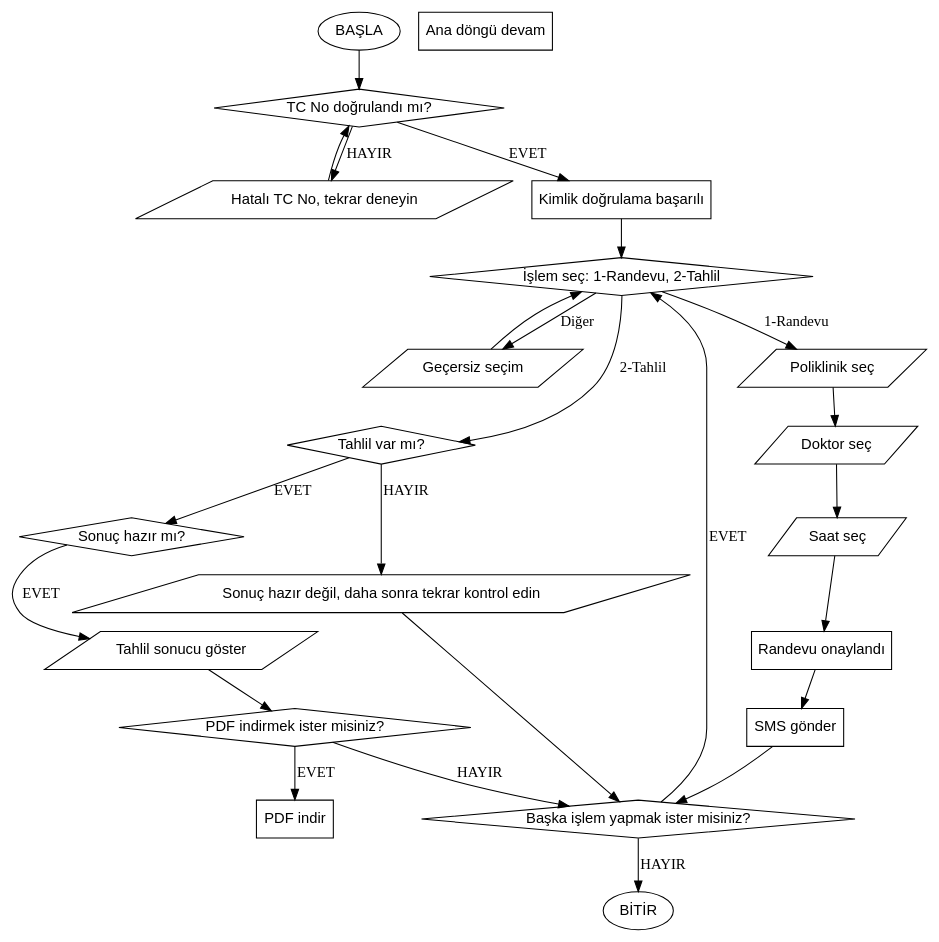
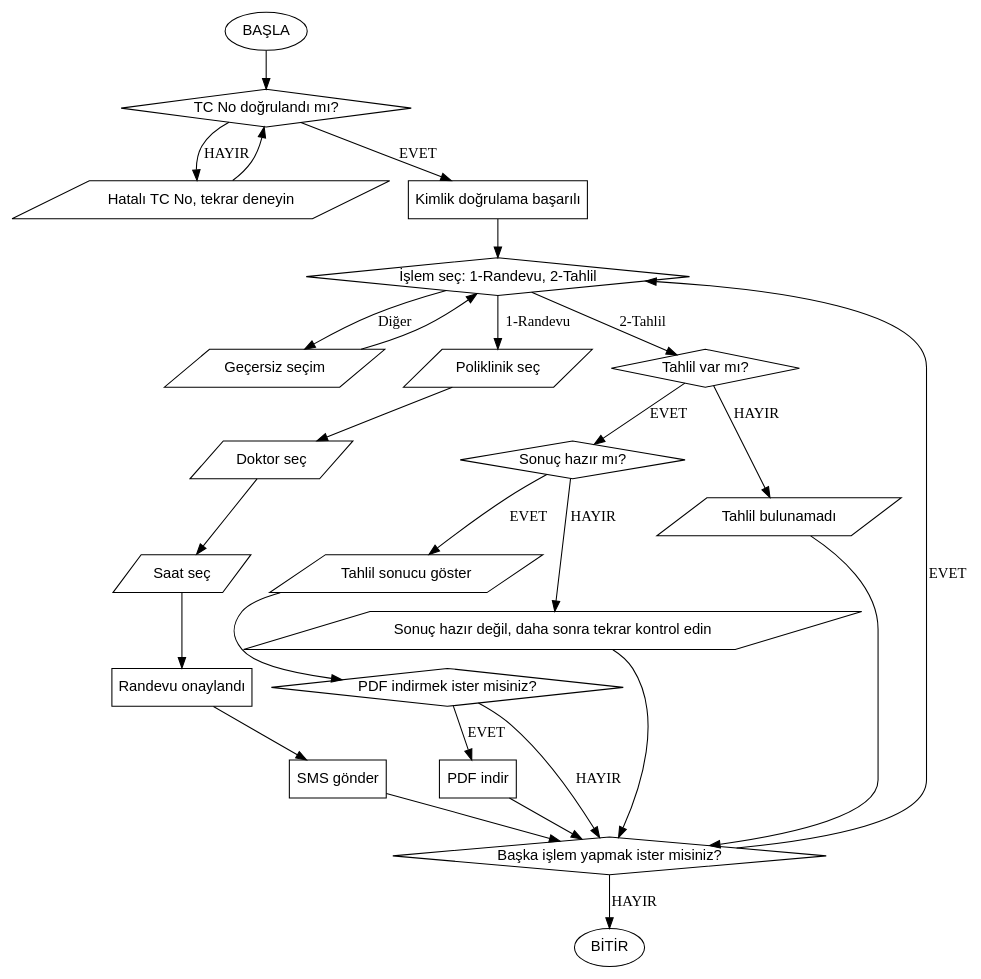
Before and after one commit to FiratUniversity-FerhatUcarsLAB/hafta-02-flowcharts-OmerEnsarshn: the diagram in TASK-3/flowchart.dot, drawn with Graphviz.

```diff
--- a/TASK-3/flowchart.dot
+++ b/TASK-3/flowchart.dot
@@ -1,68 +1,71 @@
 digraph HastaneRandevuTahlil {
     rankdir=TB;
     node [fontname="Arial"];
 
     // Başla
     start [shape=oval, label="BAŞLA"];
 
     // Hasta kimlik doğrulama
     kimlik_dogrula [shape=diamond, label="TC No doğrulandı mı?"];
     kimlik_hata [shape=parallelogram, label="Hatalı TC No, tekrar deneyin"];
     kimlik_basari [shape=box, label="Kimlik doğrulama başarılı"];
 
     // Ana işlem
     islem_secim [shape=diamond, label="İşlem seç: 1-Randevu, 2-Tahlil"];
     secim_hata [shape=parallelogram, label="Geçersiz seçim"];
 
     // Randevu modülü
     poliklinik_sec [shape=parallelogram, label="Poliklinik seç"];
     doktor_sec [shape=parallelogram, label="Doktor seç"];
     saat_sec [shape=parallelogram, label="Saat seç"];
     randevu_onay [shape=box, label="Randevu onaylandı"];
     sms_gonder [shape=box, label="SMS gönder"];
 
     // Tahlil modülü
     tahlil_var [shape=diamond, label="Tahlil var mı?"];
     sonuc_hazir [shape=diamond, label="Sonuç hazır mı?"];
     tahlil_gor [shape=parallelogram, label="Tahlil sonucu göster"];
     pdf_sor [shape=diamond, label="PDF indirmek ister misiniz?"];
     pdf_indir [shape=box, label="PDF indir"];
     sonuc_bekle [shape=parallelogram, label="Sonuç hazır değil, daha sonra tekrar kontrol edin"];
+    sonuc_yok [shape=parallelogram, label="Tahlil bulunamadı"];
 
     // Başka işlem
     baska_islem [shape=diamond, label="Başka işlem yapmak ister misiniz?"];
-    devam_et [shape=box, label="Ana döngü devam"];
     bitir [shape=oval, label="BİTİR"];
 
     // Oklar
     start -> kimlik_dogrula;
     kimlik_dogrula -> kimlik_basari [label="EVET"];
     kimlik_dogrula -> kimlik_hata [label="HAYIR"];
     kimlik_hata -> kimlik_dogrula;
 
     kimlik_basari -> islem_secim;
     islem_secim -> poliklinik_sec [label="1-Randevu"];
     islem_secim -> tahlil_var [label="2-Tahlil"];
     islem_secim -> secim_hata [label="Diğer"];
     secim_hata -> islem_secim;
 
     // Randevu akışı
     poliklinik_sec -> doktor_sec;
     doktor_sec -> saat_sec;
     saat_sec -> randevu_onay;
     randevu_onay -> sms_gonder;
     sms_gonder -> baska_islem;
 
     // Tahlil akışı
     tahlil_var -> sonuc_hazir [label="EVET"];
-    tahlil_var -> sonuc_bekle [label="HAYIR"];
+    tahlil_var -> sonuc_yok [label="HAYIR"];
     sonuc_hazir -> tahlil_gor [label="EVET"];
     tahlil_gor -> pdf_sor;
     pdf_sor -> pdf_indir [label="EVET"];
     pdf_sor -> baska_islem [label="HAYIR"];
+    pdf_indir -> baska_islem;
+    sonuc_hazir -> sonuc_bekle [label="HAYIR"];
     sonuc_bekle -> baska_islem;
+    sonuc_yok -> baska_islem;
 
     // Başka işlem döngüsü
     baska_islem -> islem_secim [label="EVET"];
     baska_islem -> bitir [label="HAYIR"];
 }
```
